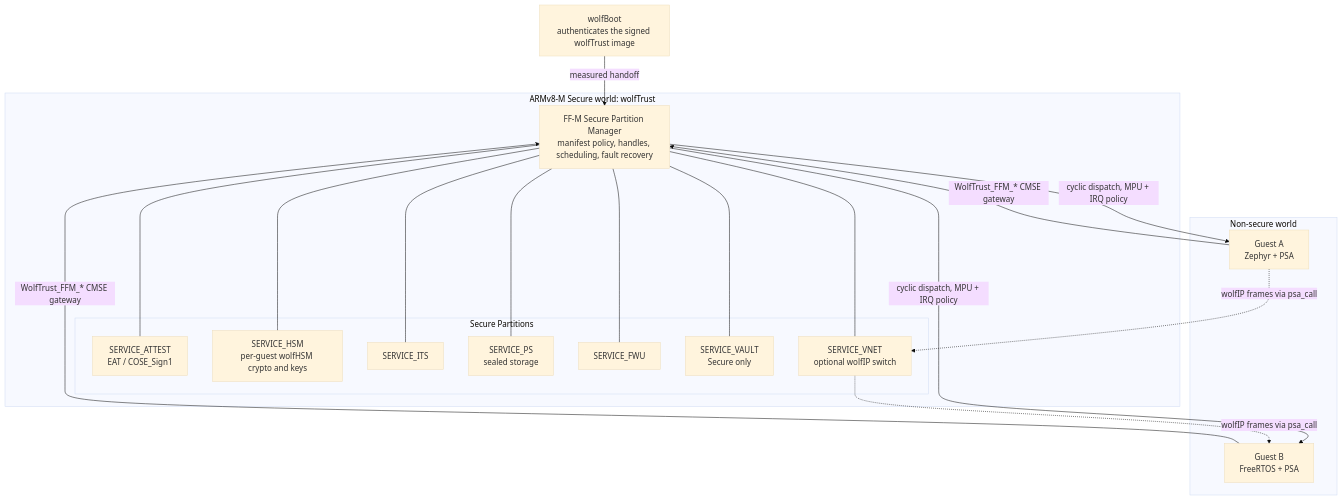
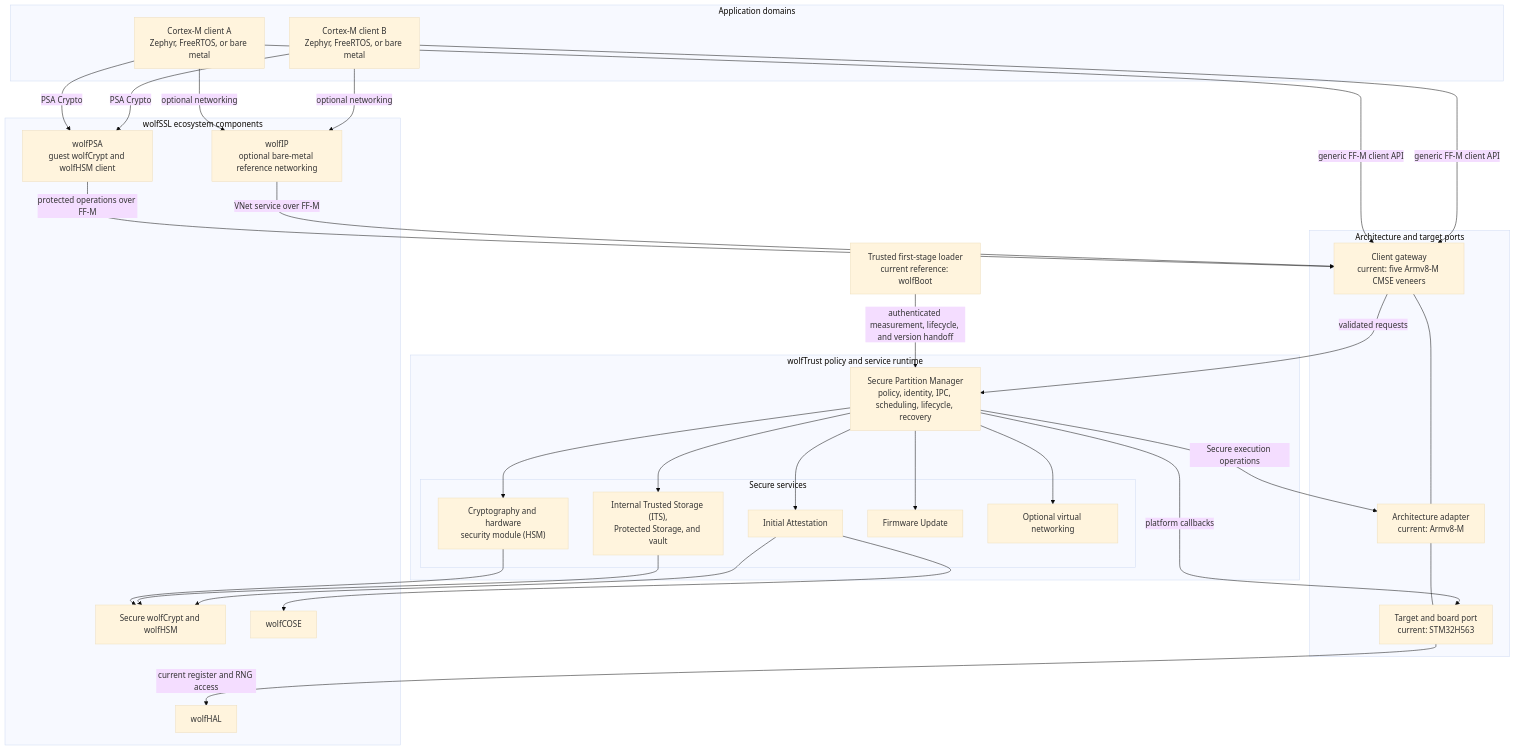
The diagram in README.md (aidangarske/wolfTrust), drawn with Mermaid (base theme) before and after one commit. The commit also changed other lines of this file and 71 other files, not shown here.

````diff
--- a/README.md
+++ b/README.md
@@ -29,37 +20,59 @@
 ```mermaid
 flowchart TB
-    WB[wolfBoot<br/>authenticates the signed wolfTrust image]
+    BOOT[Trusted first-stage loader<br/>current reference: wolfBoot]
 
-    subgraph S[ARMv8-M Secure world: wolfTrust]
-        SPM[FF-M Secure Partition Manager<br/>manifest policy, handles, scheduling, fault recovery]
-        subgraph P[Secure Partitions]
-            AT[SERVICE_ATTEST<br/>EAT / COSE_Sign1]
-            HS[SERVICE_HSM<br/>per-guest wolfHSM crypto and keys]
-            IT[SERVICE_ITS]
-            PS[SERVICE_PS<br/>sealed storage]
-            FW[SERVICE_FWU]
-            VA[SERVICE_VAULT<br/>Secure only]
-            VN[SERVICE_VNET<br/>optional wolfIP switch]
-        end
-        SPM --- AT
-        SPM --- HS
-        SPM --- IT
-        SPM --- PS
-        SPM --- FW
-        SPM --- VA
-        SPM --- VN
+    subgraph APP[Application domains]
+        GA[Cortex-M client A<br/>Zephyr, FreeRTOS, or bare metal]
+        GB[Cortex-M client B<br/>Zephyr, FreeRTOS, or bare metal]
     end
 
-    subgraph NS[Non-secure world]
-        GA[Guest A<br/>Zephyr + PSA]
-        GB[Guest B<br/>FreeRTOS + PSA]
+    subgraph PORT[Architecture and target ports]
+        GW[Client gateway<br/>current: five Armv8-M CMSE veneers]
+        ARCH[Architecture adapter<br/>current: Armv8-M]
+        TARGET[Target and board port<br/>current: STM32H563]
+        GW --- ARCH
+        ARCH --- TARGET
     end
 
-    WB -->|measured handoff| SPM
-    GA -->|WolfTrust_FFM_* CMSE gateway| SPM
-    GB -->|WolfTrust_FFM_* CMSE gateway| SPM
-    SPM -->|cyclic dispatch, MPU + IRQ policy| GA
-    SPM -->|cyclic dispatch, MPU + IRQ policy| GB
-    GA -.->|wolfIP frames via psa_call| VN
-    VN -.->|wolfIP frames via psa_call| GB
+    subgraph WT[wolfTrust policy and service runtime]
+        SPM[Secure Partition Manager<br/>policy, identity, IPC, scheduling, lifecycle, recovery]
+        subgraph SP[Secure services]
+            CR["Cryptography and hardware<br/>security module (HSM)"]
+            ST["Internal Trusted Storage (ITS),<br/>Protected Storage, and vault"]
+            AT[Initial Attestation]
+            FW[Firmware Update]
+            VN[Optional virtual networking]
+        end
+        SPM --> CR
+        SPM --> ST
+        SPM --> AT
+        SPM --> FW
+        SPM --> VN
+    end
+
+    subgraph LIBS[wolfSSL ecosystem components]
+        PSA[wolfPSA<br/>guest wolfCrypt and wolfHSM client]
+        WC[Secure wolfCrypt and wolfHSM]
+        COSE[wolfCOSE]
+        HAL[wolfHAL]
+        IP[wolfIP<br/>optional bare-metal reference networking]
+    end
+
+    BOOT -->|authenticated measurement, lifecycle, and version handoff| SPM
+    GA -->|generic FF-M client API| GW
+    GB -->|generic FF-M client API| GW
+    GA -->|PSA Crypto| PSA
+    GB -->|PSA Crypto| PSA
+    PSA -->|protected operations over FF-M| GW
+    GA -->|optional networking| IP
+    GB -->|optional networking| IP
+    IP -->|VNet service over FF-M| GW
+    GW -->|validated requests| SPM
+    SPM -->|Secure execution operations| ARCH
+    SPM -->|platform callbacks| TARGET
+    CR --> WC
+    ST --> WC
+    AT --> COSE
+    AT --> WC
+    TARGET -->|current register and RNG access| HAL
 ```
````
